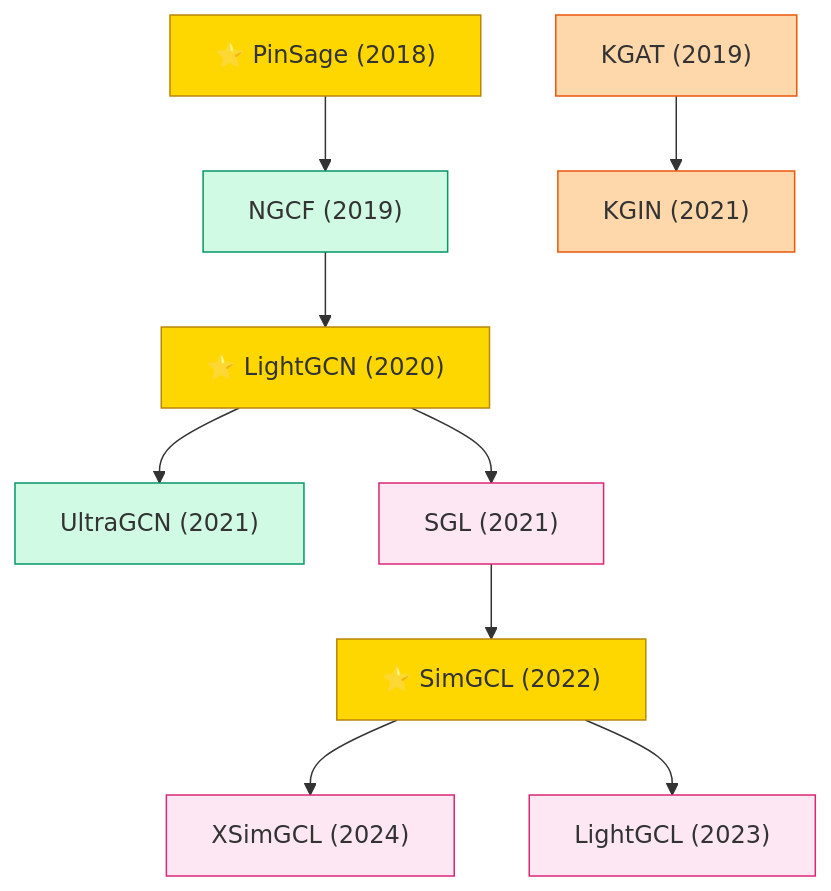
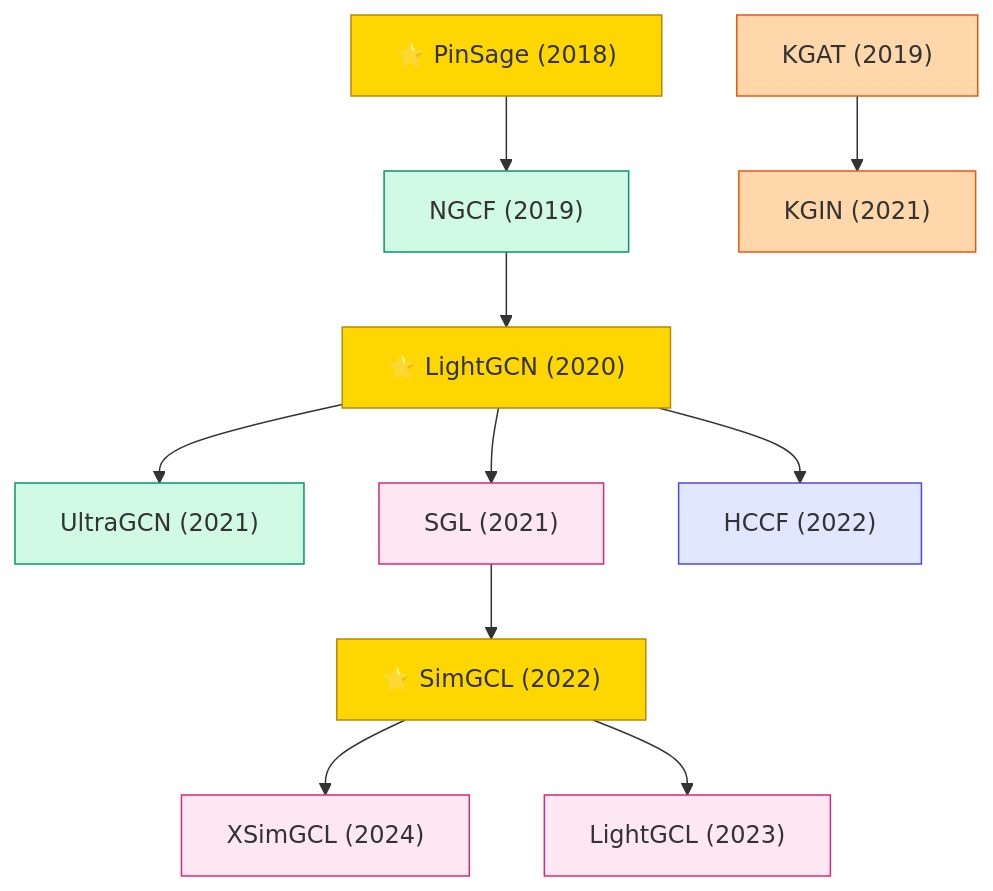
The diagram in domains/recommendation/graph-rec/README.md (zerenzhou/Awesome-Machine-Learning-Papers), drawn with Mermaid before and after one commit. The commit also changed 1 other file, not shown here.

Commit message:
docs(recommendation): add missing nodes for hypergraph and unified_prompt classes
graph-rec: add HCCF (2022) to use the hypergraph classDef, matching the
  Paradigm Legend's Hypergraph row.
llm4rec: add M6-Rec (2022) and RecGPT (2023) to use the unified_prompt
  classDef, matching the Paradigm Legend's Unified Prompt row.

````diff
--- a/domains/recommendation/graph-rec/README.md
+++ b/domains/recommendation/graph-rec/README.md
@@ -7,17 +7,18 @@
 ```mermaid
 graph TD
     classDef gcn fill:#D1FAE5,stroke:#059669
     classDef contrastive fill:#FCE7F3,stroke:#DB2777
     classDef kg fill:#FED7AA,stroke:#EA580C
     classDef hypergraph fill:#E0E7FF,stroke:#4F46E5
     classDef star fill:#FFD700,stroke:#B8860B
 
     PinSage["⭐ PinSage (2018)"]:::star --> NGCF["NGCF (2019)"]:::gcn
     NGCF --> LightGCN["⭐ LightGCN (2020)"]:::star
     LightGCN --> UltraGCN["UltraGCN (2021)"]:::gcn
     LightGCN --> SGL["SGL (2021)"]:::contrastive
     SGL --> SimGCL["⭐ SimGCL (2022)"]:::star
     SimGCL --> XSimGCL["XSimGCL (2024)"]:::contrastive
     SimGCL --> LightGCL["LightGCL (2023)"]:::contrastive
     KGAT["KGAT (2019)"]:::kg --> KGIN["KGIN (2021)"]:::kg
+    LightGCN --> HCCF["HCCF (2022)"]:::hypergraph
 ```
````
